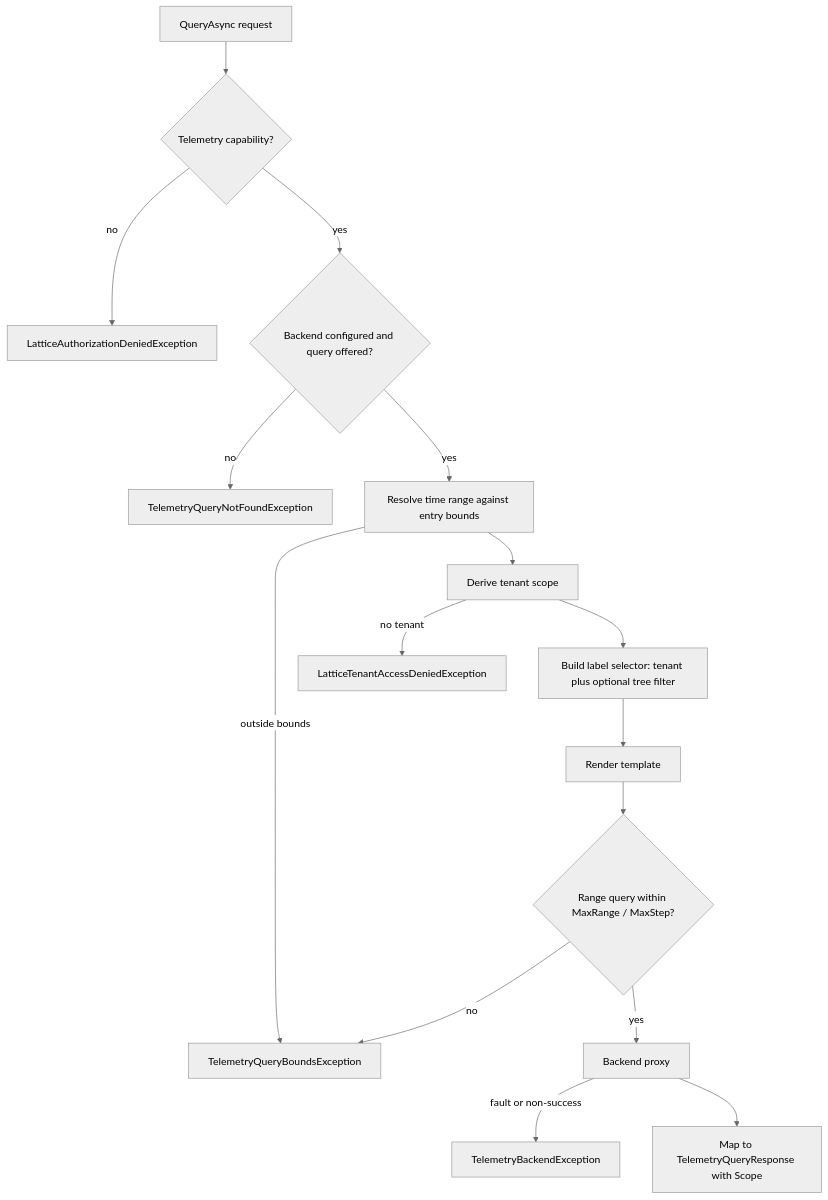
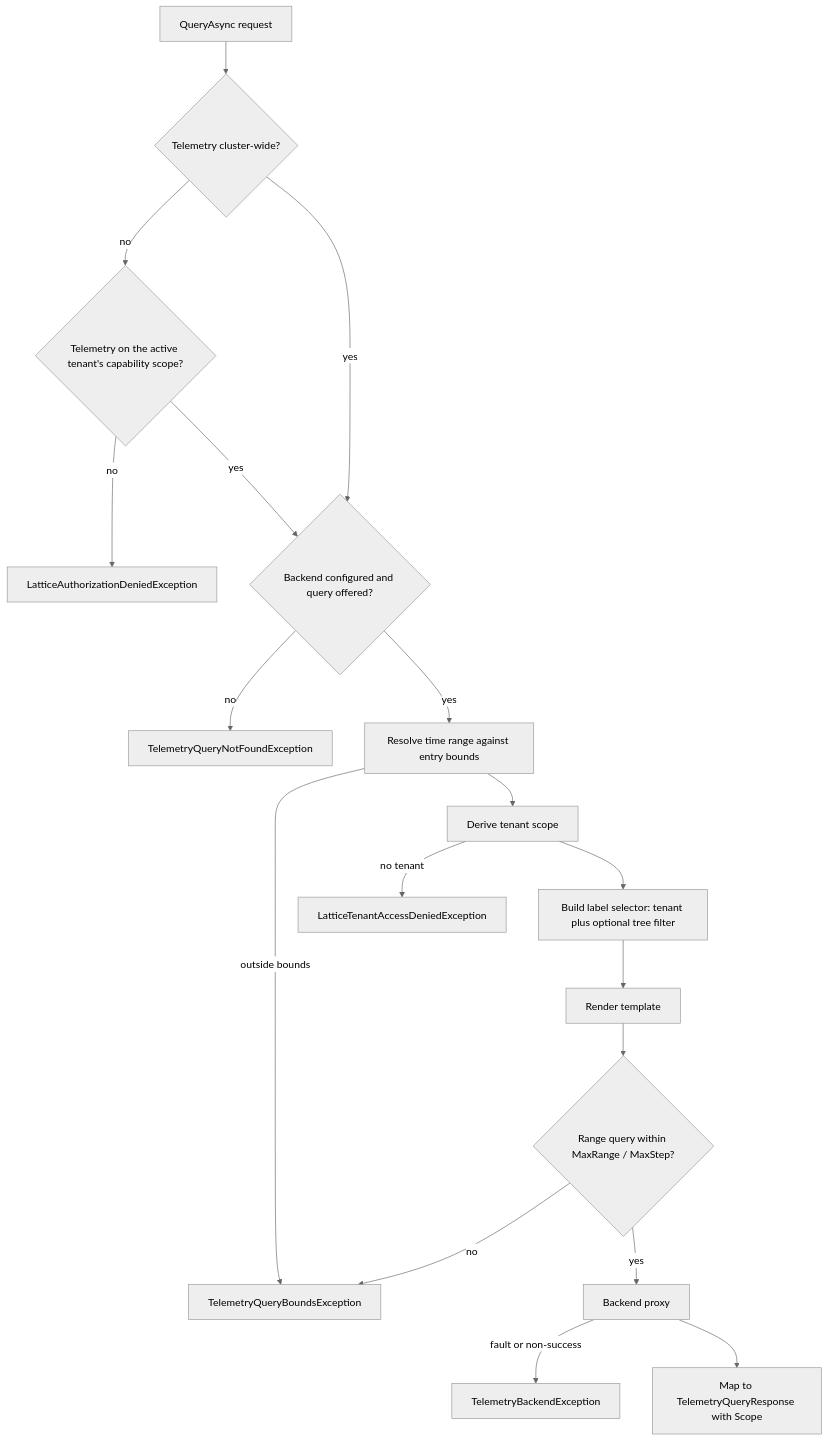
Before and after one commit to NSTA1/Orleans.Lattice: the diagram in docs/lattice.api.telemetry/architecture.md, drawn with Mermaid (neutral theme). The commit also changed other lines of this file and 31 other files, not shown here.

First line of the commit message:
feat(telemetry): tenant-scoped telemetry grants on the tenant capability scope

````diff
--- a/docs/lattice.api.telemetry/architecture.md
+++ b/docs/lattice.api.telemetry/architecture.md
@@ -26,18 +26,20 @@
 ```mermaid
 flowchart TD
-    A[QueryAsync request] --> B{Telemetry capability?}
-    B -- no --> X1[LatticeAuthorizationDeniedException]
+    A[QueryAsync request] --> B{Telemetry cluster-wide?}
+    B -- no --> B2{Telemetry on the active tenant's capability scope?}
+    B2 -- no --> X1[LatticeAuthorizationDeniedException]
+    B2 -- yes --> C
     B -- yes --> C{Backend configured and query offered?}
     C -- no --> X2[TelemetryQueryNotFoundException]
     C -- yes --> D[Resolve time range against entry bounds]
     D -- outside bounds --> X3[TelemetryQueryBoundsException]
     D --> E[Derive tenant scope]
     E -- no tenant --> X4[LatticeTenantAccessDeniedException]
     E --> F[Build label selector: tenant plus optional tree filter]
     F --> G[Render template]
     G --> H{Range query within MaxRange / MaxStep?}
     H -- no --> X3
     H -- yes --> I[Backend proxy]
     I -- fault or non-success --> X5[TelemetryBackendException]
     I --> J[Map to TelemetryQueryResponse with Scope]
 ```
````
